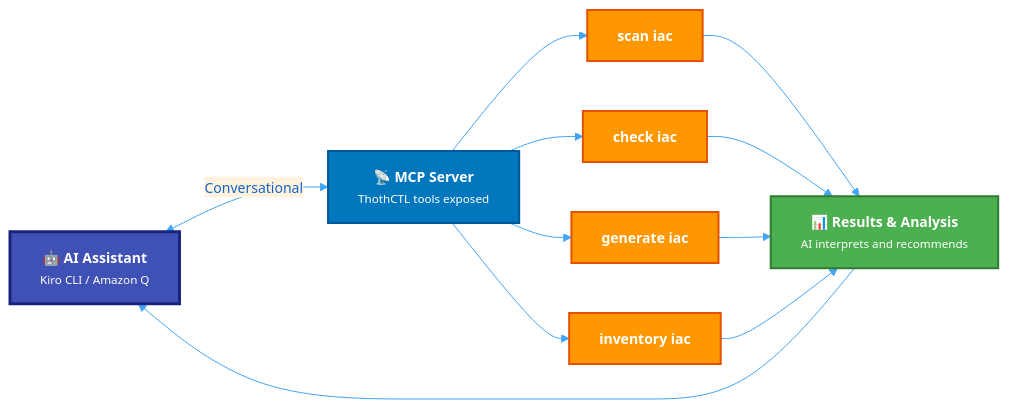
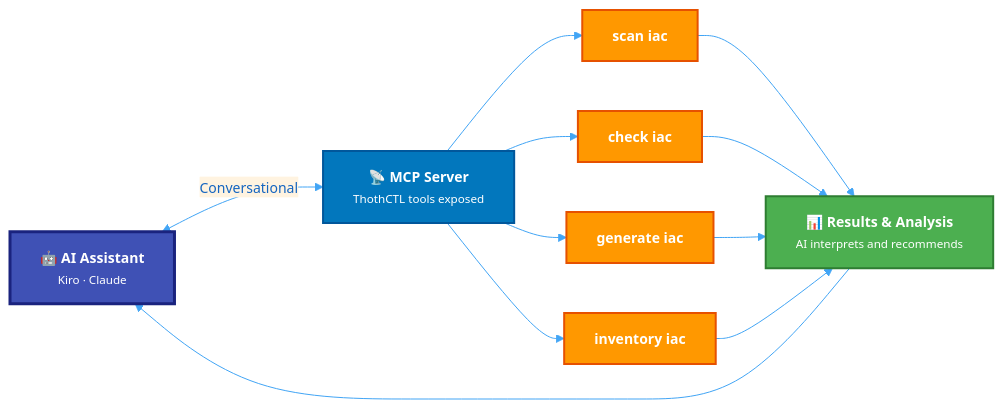
The fourth of 6 diagrams in docs/framework/concepts.md (thothforge/thothctl), drawn with Mermaid before and after one commit. The commit also changed other lines of this file and 7 other files, not shown here.

````diff
--- a/docs/framework/concepts.md
+++ b/docs/framework/concepts.md
@@ -144,27 +144,27 @@
 ```mermaid
 %%{init: {'theme':'base', 'themeVariables': { 'primaryColor':'#e3f2fd','primaryTextColor':'#1565c0','primaryBorderColor':'#1976d2','lineColor':'#42a5f5','secondaryColor':'#fff3e0','tertiaryColor':'#f3e5f5','fontSize':'14px'}}}%%
 graph LR
-    ai["<b>🤖 AI Assistant</b><br/><small>Kiro CLI / Amazon Q</small>"]:::aiNode
+    ai["<b>🤖 AI Assistant</b><br/><small>Kiro · Claude</small>"]:::aiNode
     mcp["<b>📡 MCP Server</b><br/><small>ThothCTL tools exposed</small>"]:::mcpNode
     scan["<b>scan iac</b>"]:::toolNode
     check["<b>check iac</b>"]:::toolNode
     generate["<b>generate iac</b>"]:::toolNode
     inventory["<b>inventory iac</b>"]:::toolNode
     results["<b>📊 Results & Analysis</b><br/><small>AI interprets and recommends</small>"]:::outputNode
 
     ai <-->|"Conversational"| mcp
     mcp --> scan
     mcp --> check
     mcp --> generate
     mcp --> inventory
     scan --> results
     check --> results
     generate --> results
     inventory --> results
     results --> ai
 
     classDef aiNode fill:#3f51b5,stroke:#1a237e,stroke-width:3px,color:#fff
     classDef mcpNode fill:#0277bd,stroke:#01579b,stroke-width:2px,color:#fff
     classDef toolNode fill:#ff9800,stroke:#e65100,stroke-width:2px,color:#fff
     classDef outputNode fill:#4caf50,stroke:#2e7d32,stroke-width:2px,color:#fff
 ```
````
